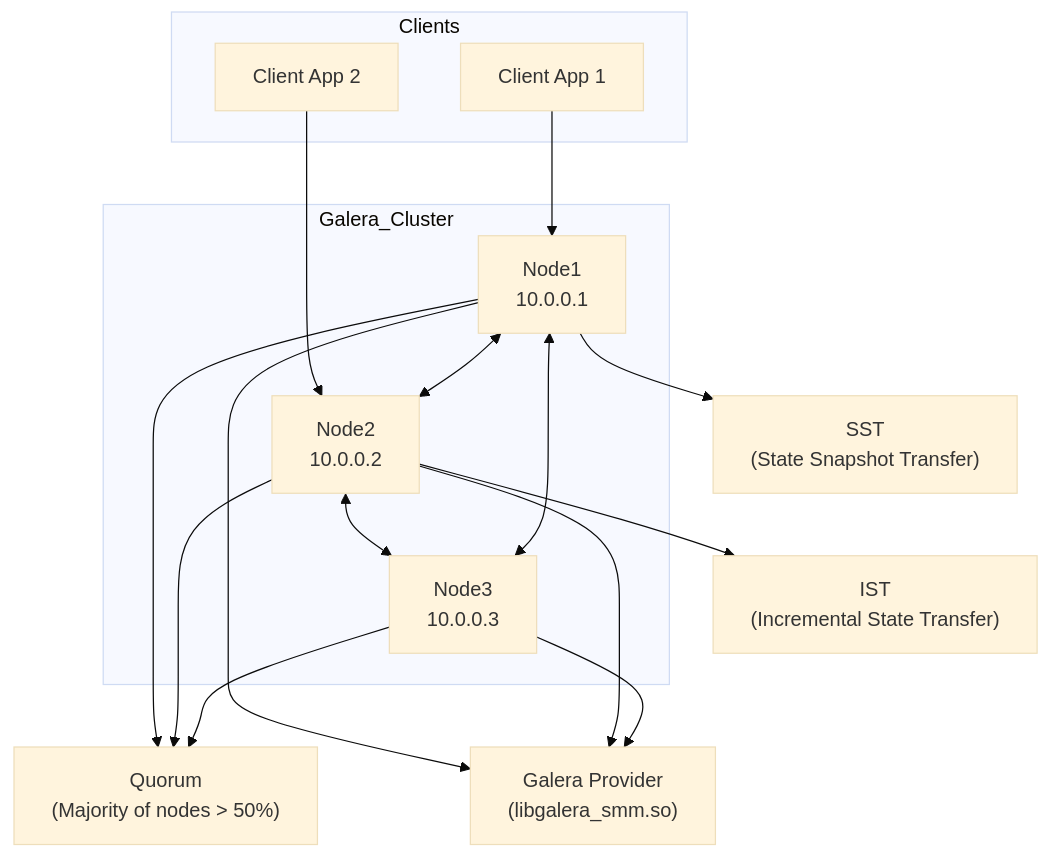
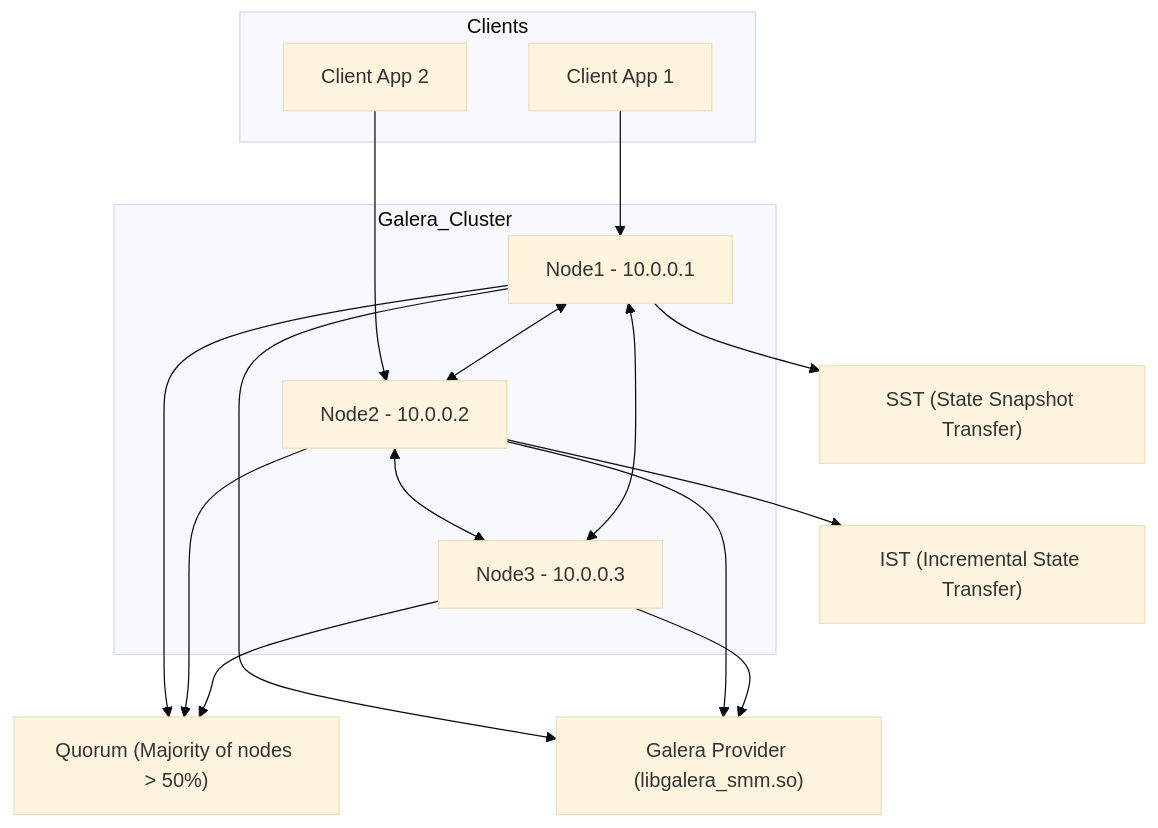
One commit to ugurcomptech/Galera-DB-Cluster changed the diagram in README.md. Above: the diagram before and after it, drawn with Mermaid (base theme).

````diff
--- a/README.md
+++ b/README.md
@@ -22,35 +22,35 @@
 ```mermaid
 flowchart TD
     subgraph Galera_Cluster
-        N1["Node1\n10.0.0.1"]
-        N2["Node2\n10.0.0.2"]
-        N3["Node3\n10.0.0.3"]
+        N1["Node1 - 10.0.0.1"]
+        N2["Node2 - 10.0.0.2"]
+        N3["Node3 - 10.0.0.3"]
     end
 
     subgraph Clients
         C1["Client App 1"]
         C2["Client App 2"]
     end
 
     C1 --> N1
     C2 --> N2
 
     N1 <--> N2
     N2 <--> N3
     N3 <--> N1
 
-    SST["SST\n(State Snapshot Transfer)"]
-    IST["IST\n(Incremental State Transfer)"]
-    Quorum["Quorum\n(Majority of nodes > 50%)"]
-    Provider["Galera Provider\n(libgalera_smm.so)"]
+    SST["SST (State Snapshot Transfer)"]
+    IST["IST (Incremental State Transfer)"]
+    Quorum["Quorum (Majority of nodes > 50%)"]
+    Provider["Galera Provider (libgalera_smm.so)"]
 
     N1 --> SST
     N2 --> IST
     N1 --> Quorum
     N2 --> Quorum
     N3 --> Quorum
     N1 --> Provider
     N2 --> Provider
     N3 --> Provider
 
 ```
````
